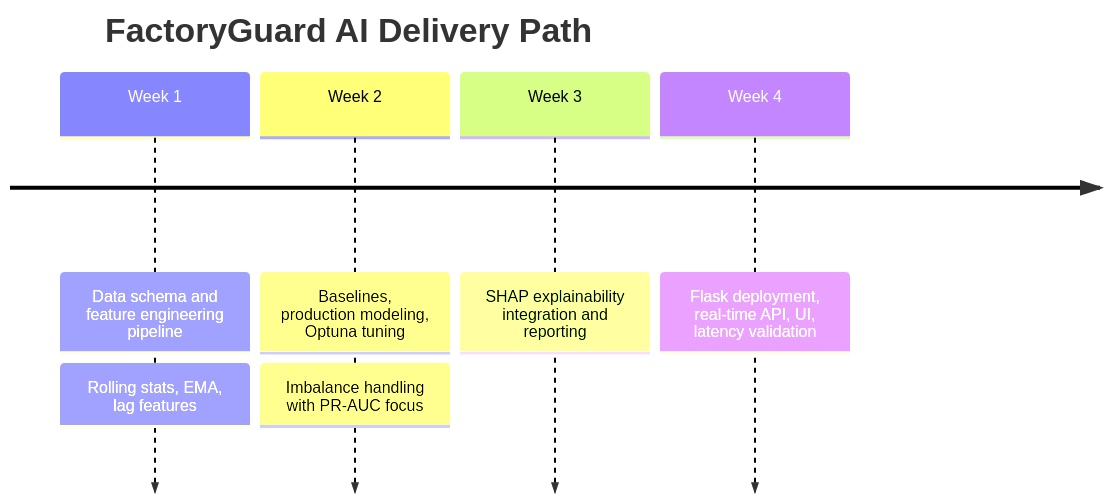
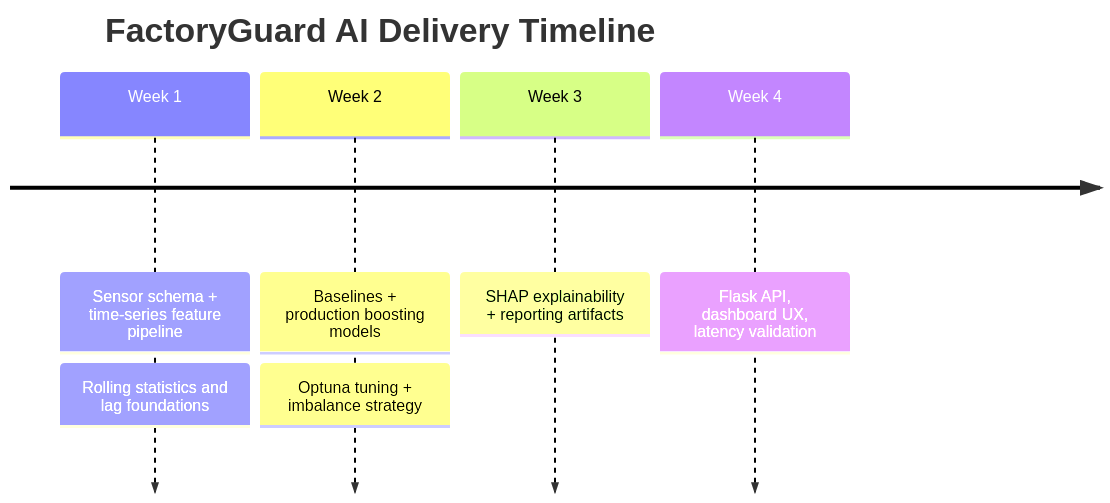
One commit to devsuthar-ai-ml/factoryguard-ai changed the third of 3 diagrams in README.md. Above: the diagram before and after it, drawn with Mermaid. The commit also changed other lines of this file, not shown here.

````diff
--- a/README.md
+++ b/README.md
@@ -204,10 +304,10 @@
 ```mermaid
 timeline
-    title FactoryGuard AI Delivery Path
-    Week 1 : Data schema and feature engineering pipeline
-           : Rolling stats, EMA, lag features
-    Week 2 : Baselines, production modeling, Optuna tuning
-           : Imbalance handling with PR-AUC focus
-    Week 3 : SHAP explainability integration and reporting
-    Week 4 : Flask deployment, real-time API, UI, latency validation
+    title FactoryGuard AI Delivery Timeline
+    Week 1 : Sensor schema + time-series feature pipeline
+           : Rolling statistics and lag foundations
+    Week 2 : Baselines + production boosting models
+           : Optuna tuning + imbalance strategy
+    Week 3 : SHAP explainability + reporting artifacts
+    Week 4 : Flask API, dashboard UX, latency validation
 ```
````
